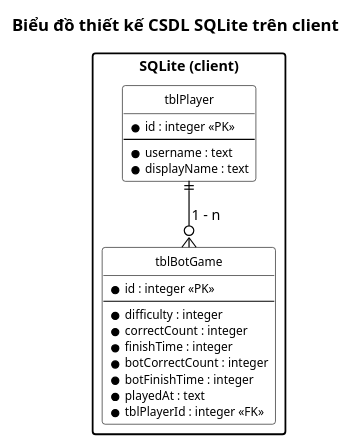
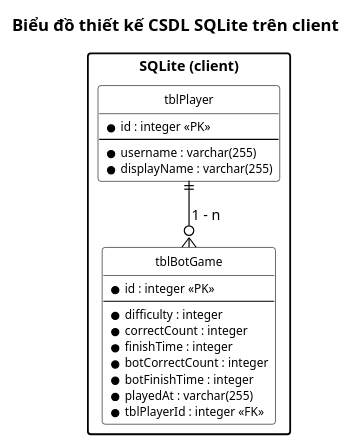
One commit to HungNguyenBa1811/math-dash changed the diagram in docs/hung/csdl-sqlite.puml. Above: the diagram before and after it, drawn with PlantUML. The commit also changed 6 other files, not shown here.

```diff
--- a/docs/hung/csdl-sqlite.puml
+++ b/docs/hung/csdl-sqlite.puml
@@ -1,40 +1,40 @@
 @startuml csdl-sqlite
 !pragma layout smetana
 ' === VP Base Theme v2 ===
 skinparam defaultFontName "Segoe UI"
 skinparam defaultFontSize 12
 skinparam shadowing false
 skinparam arrowColor #000000
 skinparam lineColor #000000
 hide circle
 skinparam class {
   BackgroundColor #FFFFFF
   BorderColor #000000
   FontSize 11
   AttributeFontSize 10
 }
 skinparam packageStyle rectangle
 title Biểu đồ thiết kế CSDL SQLite trên client
 
 package "SQLite (client)" {
   entity "tblPlayer" as CP {
     * id : integer <<PK>>
     --
-    * username : text
-    * displayName : text
+    * username : varchar(255)
+    * displayName : varchar(255)
   }
   entity "tblBotGame" as CB {
     * id : integer <<PK>>
     --
     * difficulty : integer
     * correctCount : integer
     * finishTime : integer
     * botCorrectCount : integer
     * botFinishTime : integer
-    * playedAt : text
+    * playedAt : varchar(255)
     * tblPlayerId : integer <<FK>>
   }
 }
 
 CP ||--o{ CB : "1 - n"
 @enduml
```
